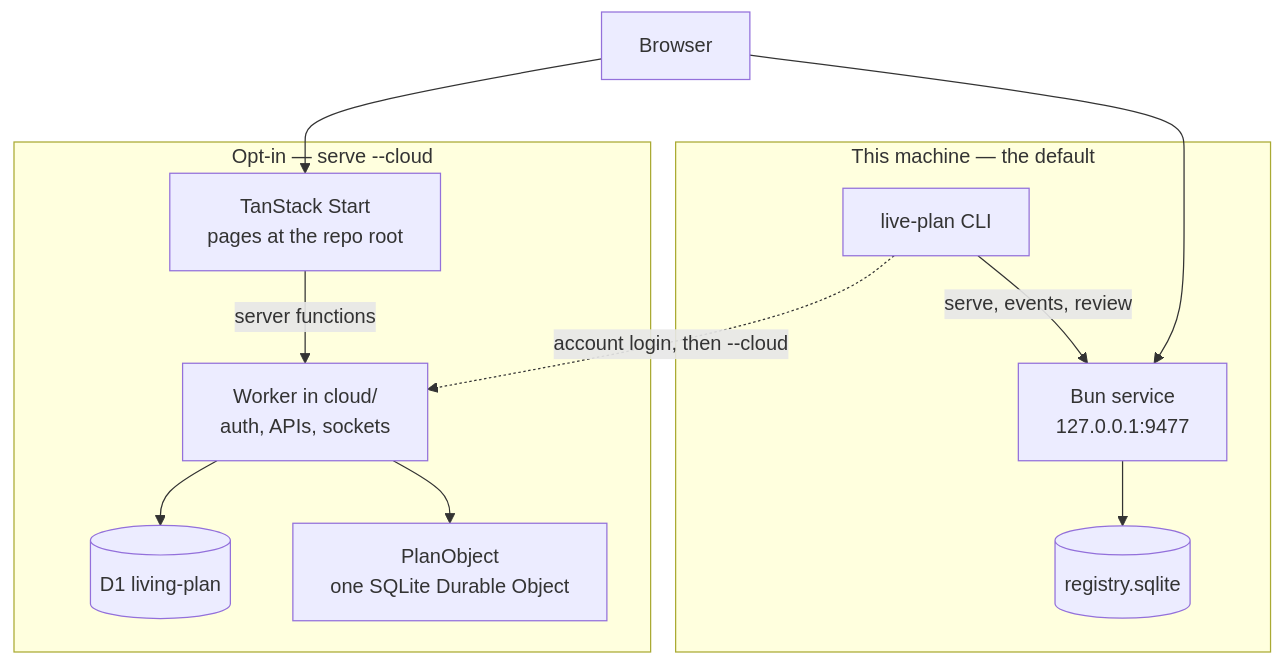
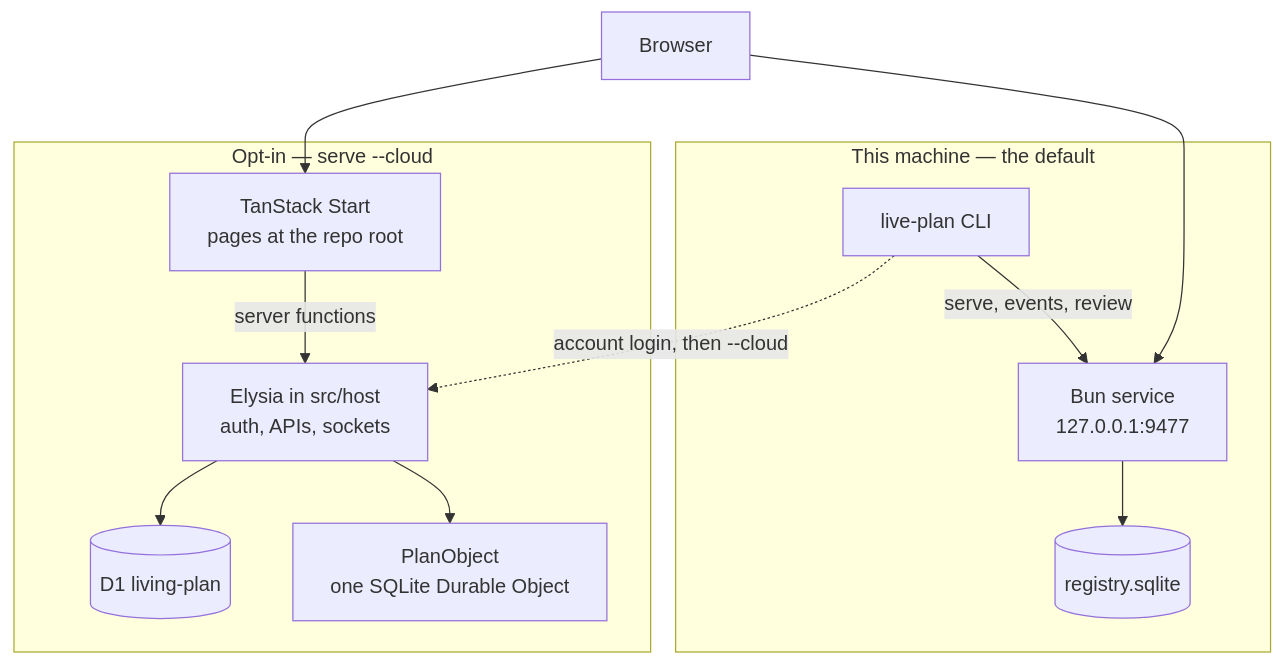
Before and after one commit to marco-calderon/visual-living-plan: the first of 10 diagrams in docs/architecture/README.md, drawn with Mermaid. The commit also changed other lines of this file and 52 other files, not shown here.

First line of the commit message:
Unify plan storage in src and serve it with Elysia (1.7.12) (#113)

````diff
--- a/docs/architecture/README.md
+++ b/docs/architecture/README.md
@@ -11,24 +11,24 @@
 ```mermaid
 flowchart TB
   subgraph machine ["This machine — the default"]
     CLI["live-plan CLI"]
     Bun["Bun service<br/>127.0.0.1:9477"]
     Sqlite[("registry.sqlite")]
     CLI -->|"serve, events, review"| Bun
     Bun --> Sqlite
   end
 
   subgraph hosted ["Opt-in — serve --cloud"]
     Start["TanStack Start<br/>pages at the repo root"]
-    Worker["Worker in cloud/<br/>auth, APIs, sockets"]
+    Worker["Elysia in src/host<br/>auth, APIs, sockets"]
     D1[("D1 living-plan")]
     DO["PlanObject<br/>one SQLite Durable Object"]
     Start -->|"server functions"| Worker
     Worker --> D1
     Worker --> DO
   end
 
   Person["Browser"] --> Bun
   Person --> Start
   CLI -.->|"account login, then --cloud"| Worker
 ```
````
